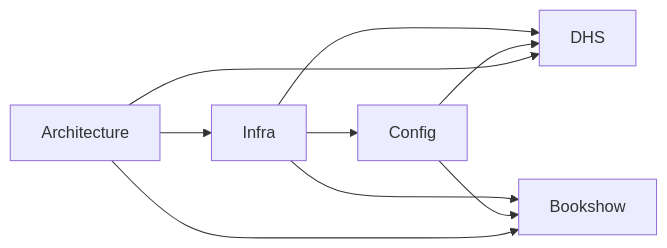
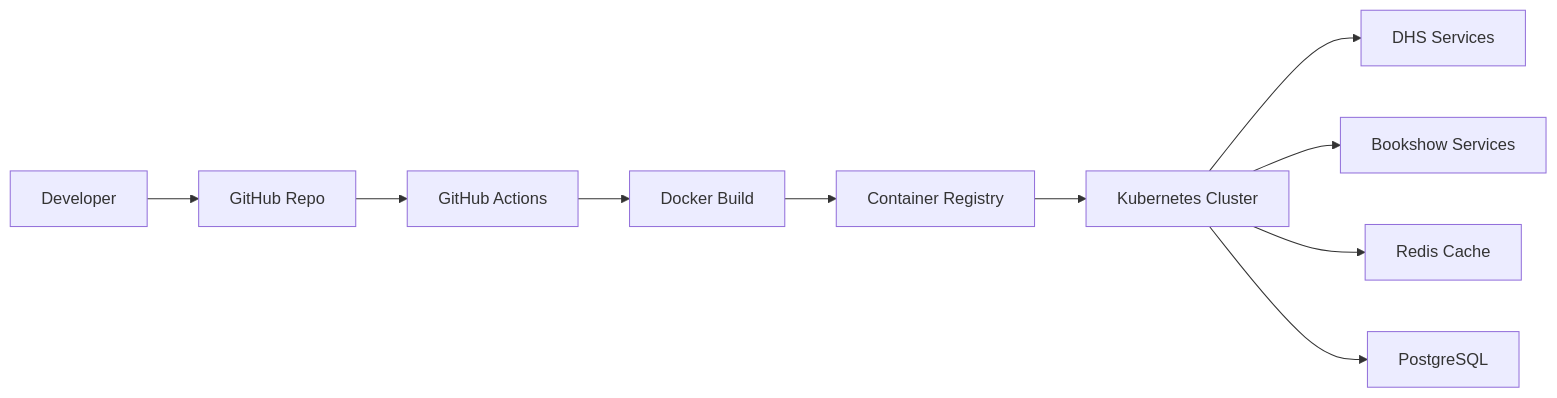
Before and after one commit to STARONE-INFOTECH/starone-galaxy-architecture: the third of 6 diagrams in README.md, drawn with Mermaid. The commit also changed other lines of this file and 30 other files, not shown here.

Commit message:
feat(repo): bootstrap StarOne Galaxy architecture repository structure(Closes #5)

````diff
--- a/README.md
+++ b/README.md
@@ -232,14 +147,17 @@
 ```mermaid
 flowchart LR
 
-Infra --> Config
-Infra --> DHS
-Infra --> Bookshow
+Dev[Developer] --> GitHub[GitHub Repo]
 
-Config --> DHS
-Config --> Bookshow
+GitHub --> CI[GitHub Actions]
+CI --> Docker[Docker Build]
+Docker --> Registry[Container Registry]
 
-Architecture --> Infra
-Architecture --> DHS
-Architecture --> Bookshow
+Registry --> K8s[Kubernetes Cluster]
+
+K8s --> DHS[DHS Services]
+K8s --> Bookshow[Bookshow Services]
+
+K8s --> Redis[Redis Cache]
+K8s --> Postgres[PostgreSQL]
 ```
````
